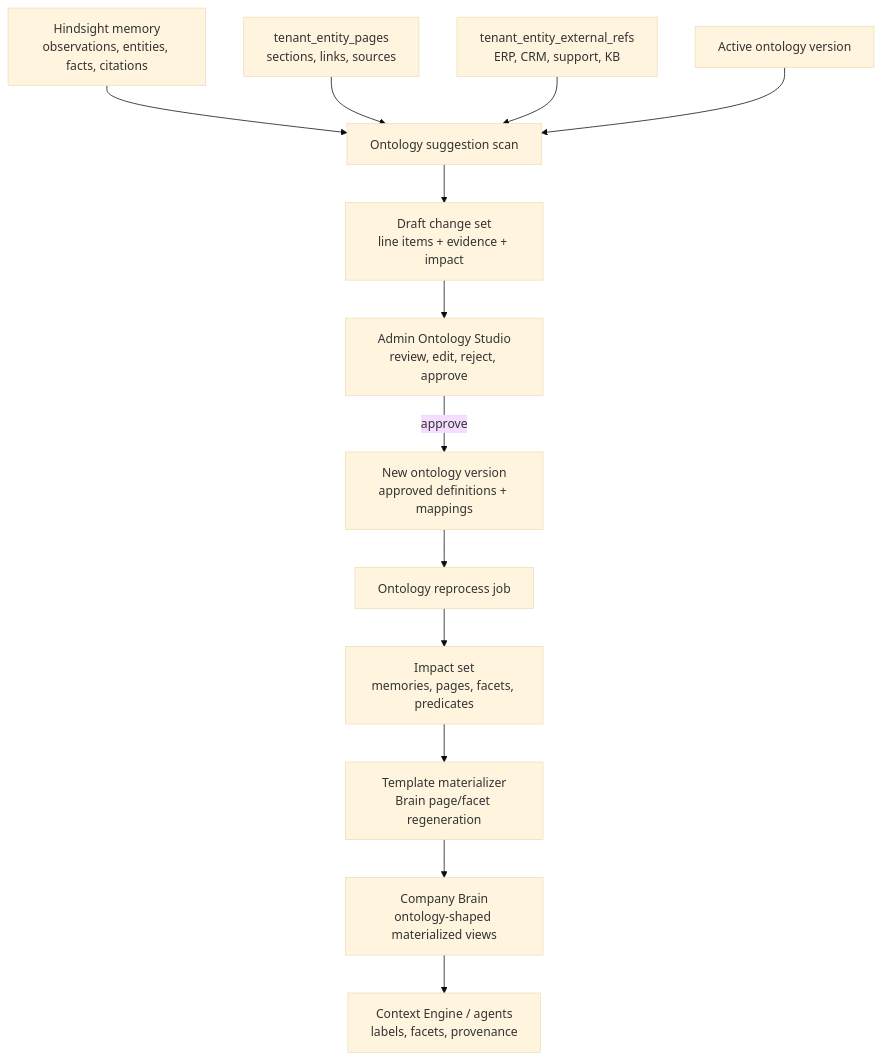
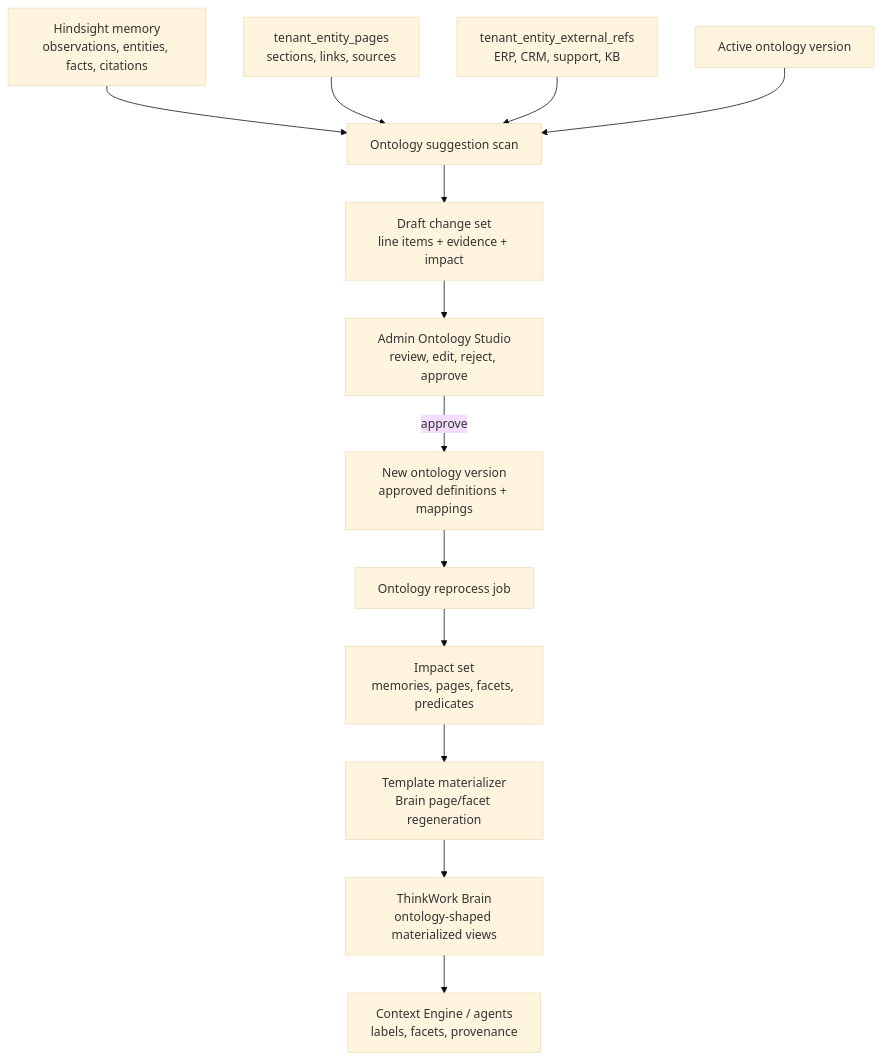
The first of 2 diagrams in docs/plans/2026-05-17-002-feat-business-ontology-change-sets-plan.md (thinkwork-ai/thinkwork), drawn with Mermaid (base theme) before and after one commit. The commit also changed other lines of this file and 223 other files, not shown here.

Commit message:
refactor: finish graph substrate cleanup

````diff
--- a/docs/plans/2026-05-17-002-feat-business-ontology-change-sets-plan.md
+++ b/docs/plans/2026-05-17-002-feat-business-ontology-change-sets-plan.md
@@ -194,15 +194,15 @@
 ```mermaid
 flowchart TD
   H["Hindsight memory<br/>observations, entities, facts, citations"] --> S["Ontology suggestion scan"]
   TEP["tenant_entity_pages<br/>sections, links, sources"] --> S
   EXT["tenant_entity_external_refs<br/>ERP, CRM, support, KB"] --> S
   O["Active ontology version"] --> S
   S --> CS["Draft change set<br/>line items + evidence + impact"]
   CS --> UI["Admin Ontology Studio<br/>review, edit, reject, approve"]
   UI -->|approve| V["New ontology version<br/>approved definitions + mappings"]
   V --> RJ["Ontology reprocess job"]
   RJ --> IMP["Impact set<br/>memories, pages, facets, predicates"]
   IMP --> MAT["Template materializer<br/>Brain page/facet regeneration"]
-  MAT --> B["Company Brain<br/>ontology-shaped materialized views"]
+  MAT --> B["ThinkWork Brain<br/>ontology-shaped materialized views"]
   B --> CE["Context Engine / agents<br/>labels, facets, provenance"]
 ```
````
